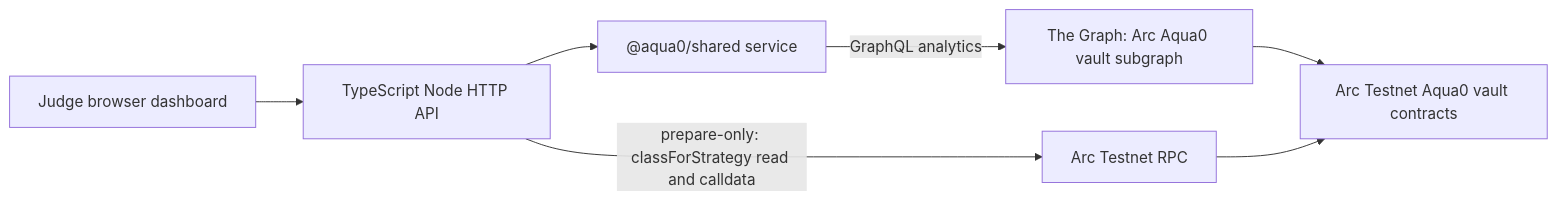
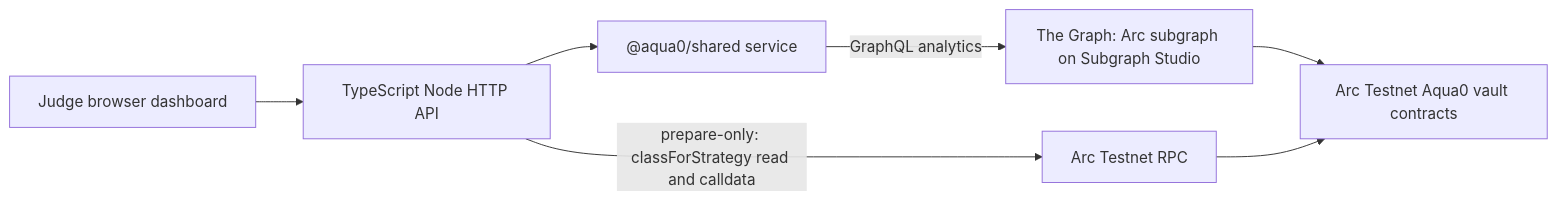
Before and after one commit to Aqua0-fi/aqua0-ethglobal: the diagram in docs/ARC_TRACK.md, drawn with Mermaid. The commit also changed other lines of this file and 8 other files, not shown here.

Commit message:
docs: record the live Arc run, the FXSwap venue and add the Aqua0 agent skill

````diff
--- a/docs/ARC_TRACK.md
+++ b/docs/ARC_TRACK.md
@@ -32,9 +32,9 @@
 ```mermaid
 flowchart LR
   D["Judge browser dashboard"] --> API["TypeScript Node HTTP API"]
   API --> S["@aqua0/shared service"]
-  S -->|"GraphQL analytics"| G["The Graph: Arc Aqua0 vault subgraph"]
+  S -->|"GraphQL analytics"| G["The Graph: Arc subgraph on Subgraph Studio"]
   G --> A["Arc Testnet Aqua0 vault contracts"]
   API -->|"prepare-only: classForStrategy read and calldata"| R["Arc Testnet RPC"]
   R --> A
 ```
````
